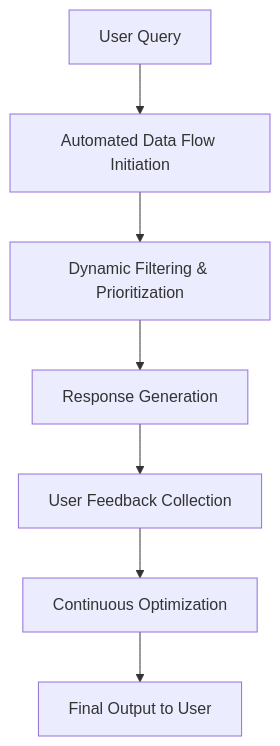
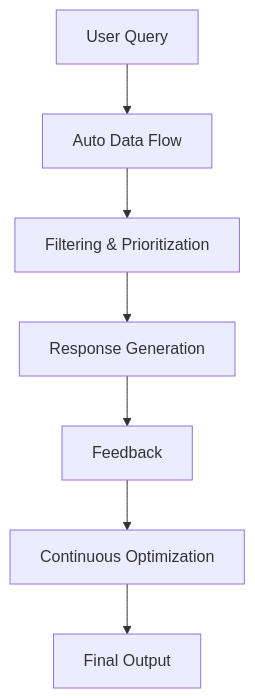
One commit to Dinuk-Di/RAG-Architectures changed diagram 13 of 25 in Readme.md. Above: the diagram before and after it, drawn with Mermaid. The commit also changed other lines of this file, not shown here.

````diff
--- a/Readme.md
+++ b/Readme.md
@@ -231,9 +259,9 @@
 ```mermaid
 flowchart TD
-    A[User Query] --> B[Automated Data Flow Initiation]
-    B --> C[Dynamic Filtering & Prioritization]
+    A[User Query] --> B[Auto Data Flow]
+    B --> C[Filtering & Prioritization]
     C --> D[Response Generation]
-    D --> E[User Feedback Collection]
+    D --> E[Feedback]
     E --> F[Continuous Optimization]
-    F --> G[Final Output to User]
+    F --> G[Final Output]
 ```
````
